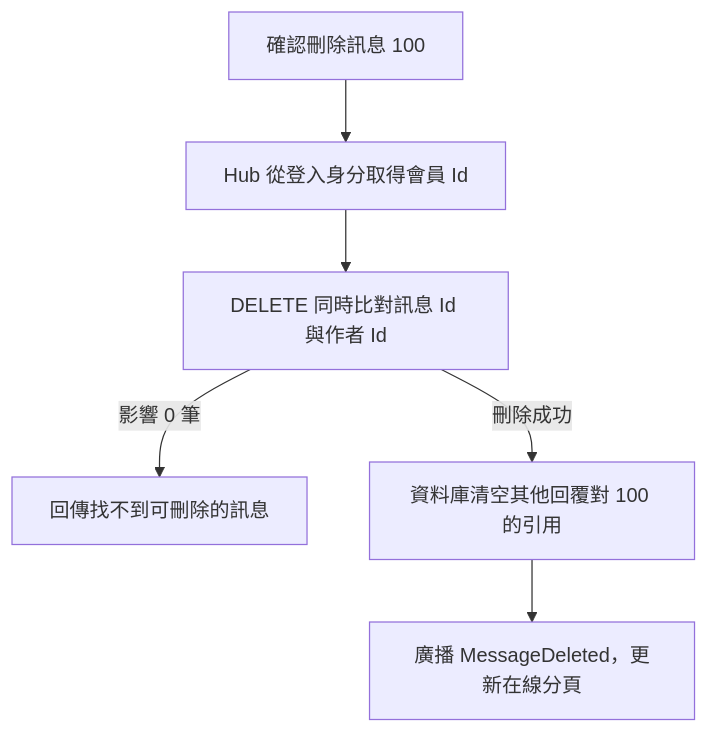
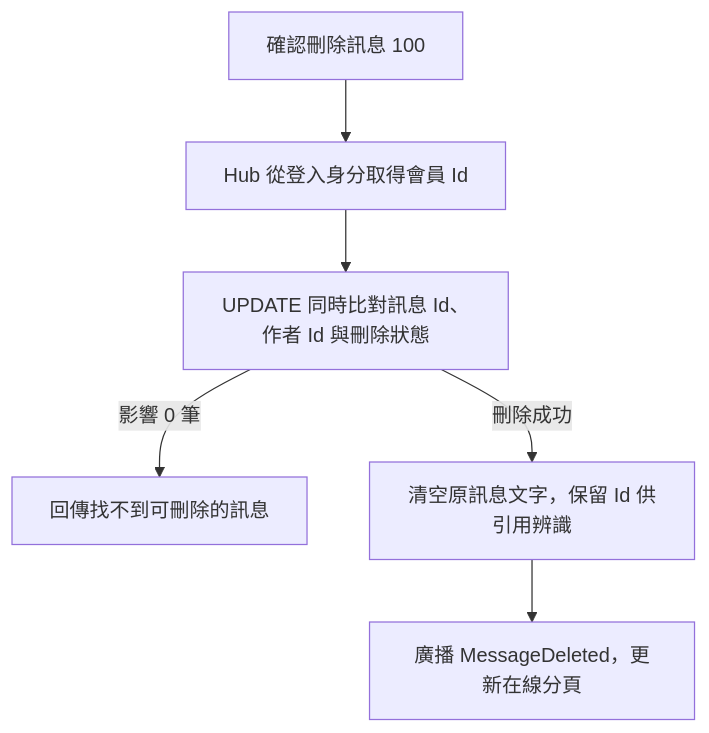
One commit to zxcvbn848/AspNetLearning changed the diagram in docs/29-delete-own-chat-message.md. Above: the diagram before and after it, drawn with Mermaid. The commit also changed other lines of this file and 13 other files, not shown here.

````diff
--- a/docs/29-delete-own-chat-message.md
+++ b/docs/29-delete-own-chat-message.md
@@ -5,8 +5,8 @@
 ```mermaid
 flowchart TD
     A["確認刪除訊息 100"] --> B["Hub 從登入身分取得會員 Id"]
-    B --> C["DELETE 同時比對訊息 Id 與作者 Id"]
+    B --> C["UPDATE 同時比對訊息 Id、作者 Id 與刪除狀態"]
     C -->|影響 0 筆| D["回傳找不到可刪除的訊息"]
-    C -->|刪除成功| E["資料庫清空其他回覆對 100 的引用"]
+    C -->|刪除成功| E["清空原訊息文字，保留 Id 供引用辨識"]
     E --> F["廣播 MessageDeleted，更新在線分頁"]
 ```
````
